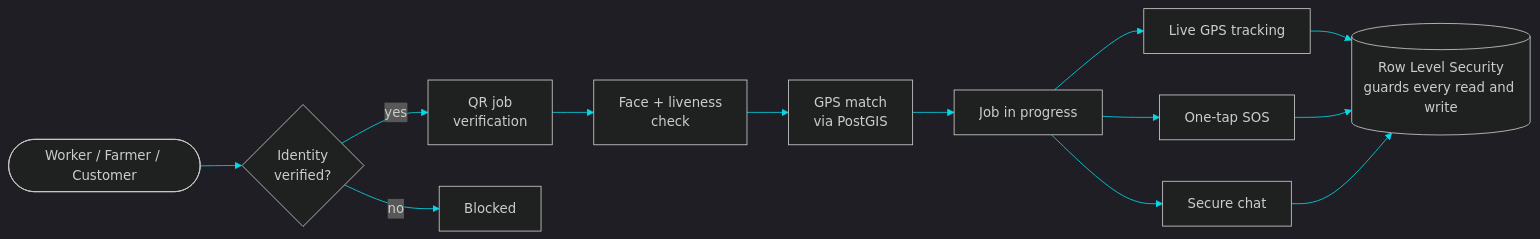
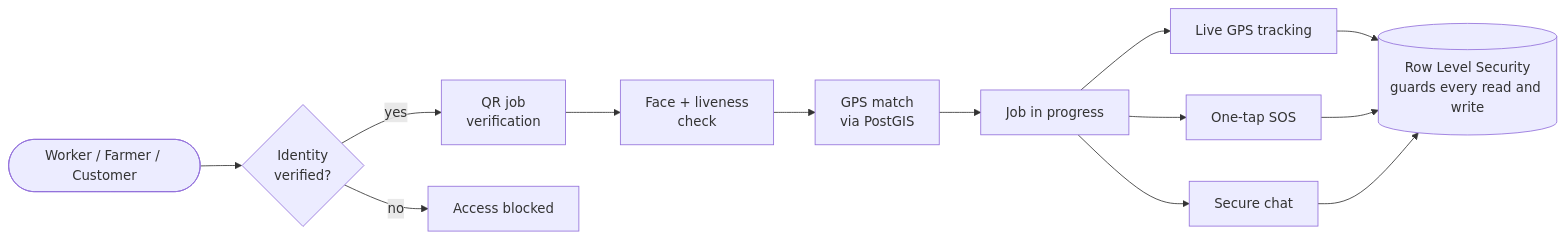
Before and after one commit to chethankp365/chethankp365: the second of 4 diagrams in README.md, drawn with Mermaid. The commit also changed other lines of this file, not shown here.

````diff
--- a/README.md
+++ b/README.md
@@ -88,16 +90,15 @@
 ```mermaid
-%%{init: {'theme':'dark','themeVariables':{'primaryColor':'#12062a','primaryBorderColor':'#ff2a6d','primaryTextColor':'#e8f7ff','lineColor':'#05d9e8','secondaryColor':'#1b0a36','tertiaryColor':'#05010c'}}}%%
 flowchart LR
     U([Worker / Farmer / Customer]) --> V{Identity<br/>verified?}
     V -- yes --> Q[QR job<br/>verification]
     Q --> F[Face + liveness<br/>check]
     F --> M[GPS match<br/>via PostGIS]
     M --> J[Job in progress]
     J --> T[Live GPS tracking]
     J --> S[One-tap SOS]
     J --> C[Secure chat]
     T --> R[(Row Level Security<br/>guards every read and write)]
     S --> R
     C --> R
-    V -- no --> X[Blocked]
+    V -- no --> X[Access blocked]
 ```
````
